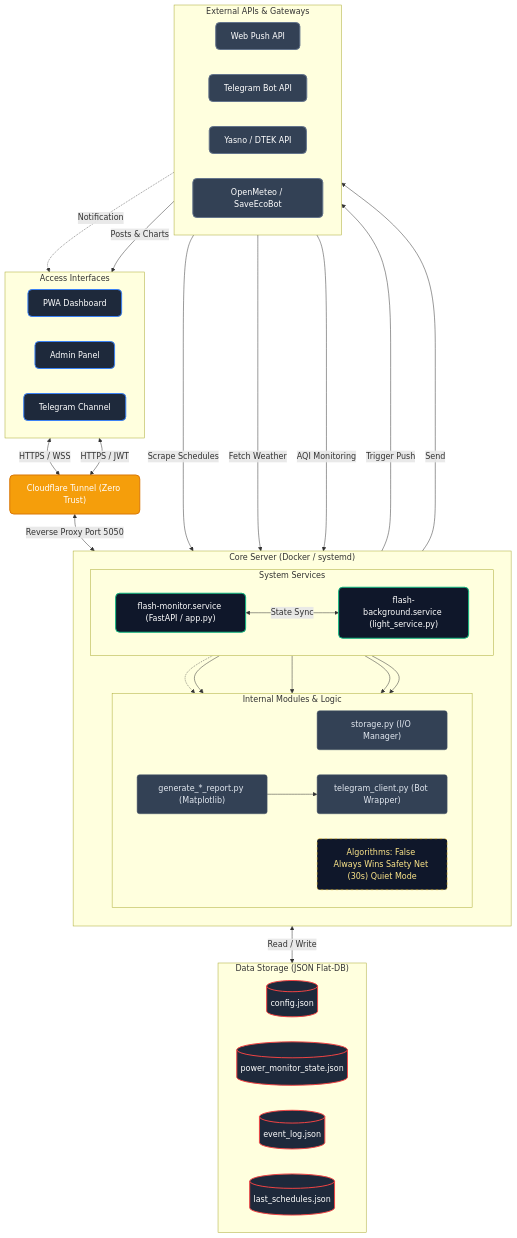
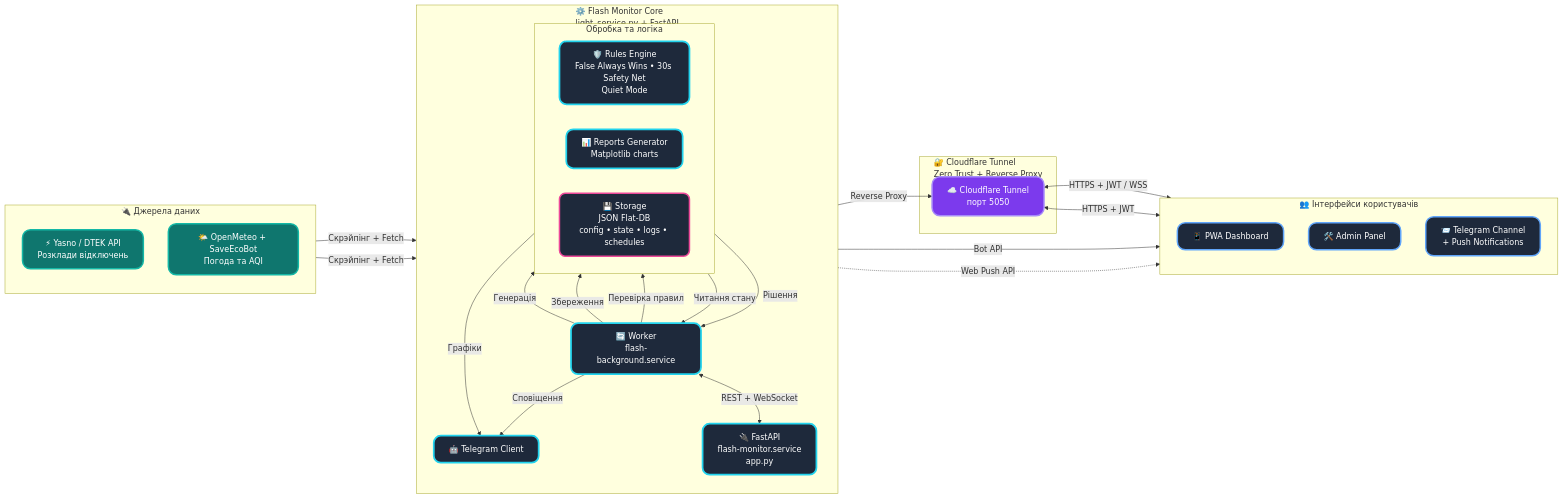
One commit to weby-homelab/flash-monitor-kyiv changed the diagram in README.md. Above: the diagram before and after it, drawn with Mermaid. The commit also changed other lines of this file, not shown here.

Commit message:
Update system architecture section in README

````diff
--- a/README.md
+++ b/README.md
@@ -38,79 +38,78 @@
 ```mermaid
-flowchart TB
- %% Colors & Styles
- classDef client fill:#1e293b,stroke:#3b82f6,stroke-width:2px,color:#fff,rx:8px,ry:8px
- classDef cloudflare fill:#f59e0b,stroke:#d97706,stroke-width:2px,color:#fff,rx:8px,ry:8px
- classDef server fill:#0f172a,stroke:#10b981,stroke-width:2px,color:#fff,rx:8px,ry:8px
- classDef module fill:#334155,stroke:#475569,stroke-width:1px,color:#e2e8f0,rx:5px,ry:5px
- classDef db fill:#1e293b,stroke:#ef4444,stroke-width:2px,color:#fff,rx:8px,ry:8px
- classDef ext_api fill:#334155,stroke:#64748b,stroke-width:2px,color:#fff,rx:8px,ry:8px
- classDef logic fill:#0f172a,stroke:#eab308,stroke-width:1px,color:#fde68a,rx:5px,ry:5px,stroke-dasharray: 5 5
+flowchart LR
+    %% ================================================
+    %% НОВА КОНЦЕПЦІЯ 2026 для README.md
+    %% "End-to-End Pipeline" — динамічний потік даних
+    %% Замість шарів — горизонтальний pipeline з чітким напрямком руху
+    %% Ідеально виглядає в GitHub (темна/світла тема), чистий, сучасний, легко читається
+    %% ================================================
 
- subgraph TopLayer [" Access Interfaces"]
- direction LR
- PWA[" PWA Dashboard"]:::client
- Admin[" Admin Panel"]:::client
- Subscribers[" Telegram Channel"]:::client
- end
+    classDef external fill:#0f766e,stroke:#14b8a6,stroke-width:3px,color:#fff,rx:16px,ry:16px
+    classDef core fill:#1e293b,stroke:#22d3ee,stroke-width:3.5px,color:#fff,rx:14px,ry:14px
+    classDef gateway fill:#7c3aed,stroke:#a78bfa,stroke-width:3px,color:#fff,rx:16px,ry:16px
+    classDef client fill:#1e293b,stroke:#60a5fa,stroke-width:3px,color:#fff,rx:16px,ry:16px
+    classDef db fill:#1e293b,stroke:#ec4899,stroke-width:3px,color:#fff,rx:12px,ry:12px
 
- CF[" Cloudflare Tunnel (Zero Trust)"]:::cloudflare
+    %% ====================== ЛІВА ЧАСТИНА: ДЖЕРЕЛА ДАНИХ ======================
+    subgraph External ["🔌 Джерела даних"]
+        direction TB
+        Energy["⚡ Yasno / DTEK API<br>Розклади відключень"]:::external
+        Meteo["🌤️ OpenMeteo + SaveEcoBot<br>Погода та AQI"]:::external
+    end
 
- PWA <-->|HTTPS / WSS| CF
- Admin <-->|HTTPS / JWT| CF
+    %% ====================== ЦЕНТР: CORE PIPELINE ======================
+    subgraph Core ["⚙️ Flash Monitor Core<br>light_service.py + FastAPI"]
+        direction TB
 
- subgraph CoreLayer [" Core Server (Docker / systemd)"]
- direction TB
+        Worker["🔄 Worker<br>flash-background.service"]:::core
 
- subgraph Services [" System Services"]
- direction LR
- API[" flash-monitor.service (FastAPI / app.py)"]:::server
- Worker[" flash-background.service (light_service.py)"]:::server
- end
+        subgraph Processing ["Обробка та логіка"]
+            direction LR
+            Rules["🛡️ Rules Engine<br>False Always Wins • 30s Safety Net<br>Quiet Mode"]:::core
+            Reports["📊 Reports Generator<br>Matplotlib charts"]:::core
+            Storage["💾 Storage<br>JSON Flat-DB<br>config • state • logs • schedules"]:::db
+        end
 
- subgraph Modules [" Internal Modules & Logic"]
- direction LR
- Storage["storage.py (I/O Manager)"]:::module
- Reports["generate_*_report.py (Matplotlib)"]:::module
- TgClient["telegram_client.py (Bot Wrapper)"]:::module
- Rules[" Algorithms: False Always Wins Safety Net (30s) Quiet Mode"]:::logic
- end
+        API["🔌 FastAPI<br>flash-monitor.service<br>app.py"]:::core
+        TgClient["🤖 Telegram Client"]:::core
+    end
 
- API <-->|State Sync| Worker
- Worker -.-> Rules
- Worker --> Reports
- Worker --> TgClient
- Reports --> TgClient
- API --> Storage
- Worker --> Storage
- end
+    %% ====================== ШЛЮЗ ======================
+    subgraph Gateway ["🔐 Cloudflare Tunnel<br>Zero Trust + Reverse Proxy"]
+        CF["☁️ Cloudflare Tunnel<br>порт 5050"]:::gateway
+    end
 
- CF <-->|Reverse Proxy Port 5050| API
+    %% ====================== ПРАВА ЧАСТИНА: КЛІЄНТИ ======================
+    subgraph Clients ["👥 Інтерфейси користувачів"]
+        direction TB
+        PWA["📱 PWA Dashboard"]:::client
+        Admin["🛠️ Admin Panel"]:::client
+        Telegram["📨 Telegram Channel<br>+ Push Notifications"]:::client
+    end
 
- subgraph DataLayer [" Data Storage (JSON Flat-DB)"]
- direction LR
- Config[("config.json")]:::db
- State[("power_monitor_state.json")]:::db
- Logs[("event_log.json")]:::db
- Sched[("last_schedules.json")]:::db
- end
+    %% ====================== ПОТІК ДАНИХ (головна магістраль) ======================
+    Energy & Meteo -->|Скрэйпінг + Fetch| Worker
 
- Storage <-->|Read / Write| DataLayer
+    Worker -->|Перевірка правил| Rules
+    Rules -->|Рішення| Worker
 
- subgraph ExternalLayer [" External APIs & Gateways"]
- direction LR
- PushAPI[" Web Push API"]:::ext_api
- TgAPI[" Telegram Bot API"]:::ext_api
- Energy[" Yasno / DTEK API"]:::ext_api
- Meteo[" OpenMeteo / SaveEcoBot"]:::ext_api
- end
+    Worker -->|Збереження| Storage
+    Storage -->|Читання стану| Worker
 
- API -->|Trigger Push| PushAPI
- PushAPI -.->|Notification| PWA
- 
- TgClient -->|Send| TgAPI
- TgAPI -->|Posts & Charts| Subscribers
- 
- Energy -->|Scrape Schedules| Worker
- Meteo -->|Fetch Weather| API
- Meteo -->|AQI Monitoring| Worker
+    Worker -->|Генерація| Reports
+    Worker -->|Сповіщення| TgClient
+    Reports -->|Графіки| TgClient
+
+    Worker <-->|REST + WebSocket| API
+
+    API -->|Reverse Proxy| CF
+    CF <-->|HTTPS + JWT / WSS| PWA
+    CF <-->|HTTPS + JWT| Admin
+    TgClient -->|Bot API| Telegram
+
+    %% Додаткові push-сповіщення
+    API -.->|Web Push API| PWA
+
+    %% ====================== Стиль для заголовків підграфів ======================
+    classDef subgraphTitle fill:#0f172a,stroke:none,color:#64748b,font-size:15px
 ```
````
